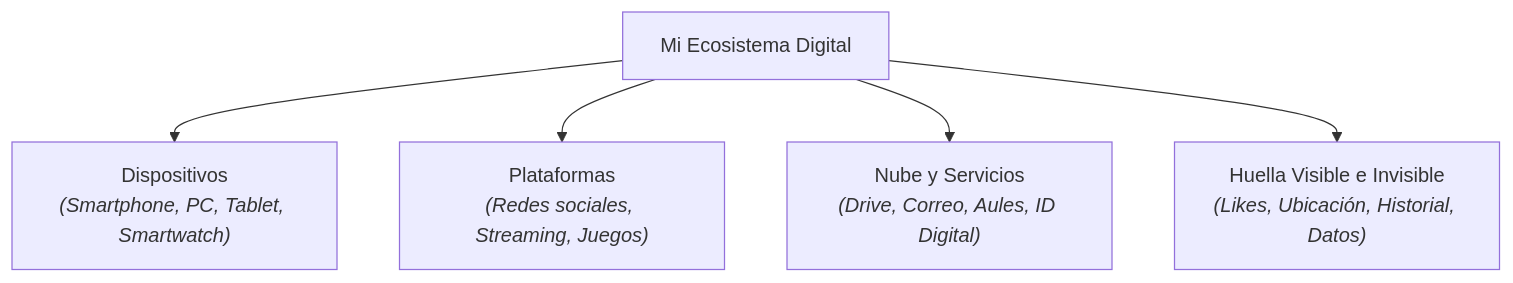
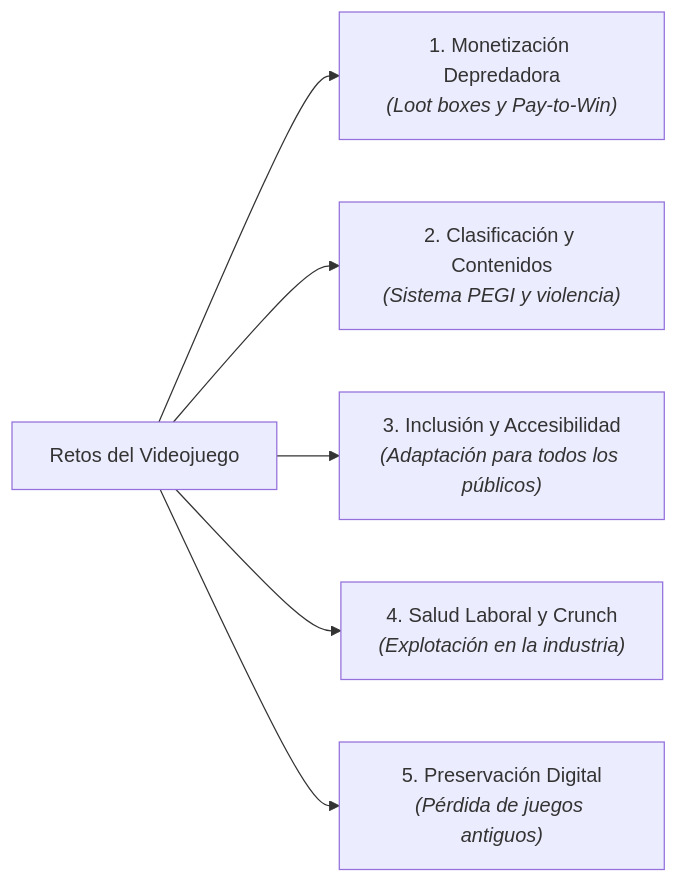
One commit to joclipe/4-ESO changed the sixth of 6 diagrams in Tema 0 - Introducció/introduccion_cas.md. Above: the diagram before and after it, drawn with Mermaid. The commit also changed other lines of this file and 1 other file, not shown here.

````diff
--- a/Tema 0 - Introducció/introduccion_cas.md
+++ b/Tema 0 - Introducció/introduccion_cas.md
@@ -244,7 +245,8 @@
 ```mermaid
-graph TD
-    M["Mi Ecosistema Digital"] --> D["Dispositivos<br/><i>(Smartphone, PC, Tablet, Smartwatch)</i>"]
-    M --> P["Plataformas<br/><i>(Redes sociales, Streaming, Juegos)</i>"]
-    M --> N["Nube y Servicios<br/><i>(Drive, Correo, Aules, ID Digital)</i>"]
-    M --> H["Huella Visible e Invisible<br/><i>(Likes, Ubicación, Historial, Datos)</i>"]
+graph LR
+    R["Retos del Videojuego"] --> R1["1. Monetización Depredadora<br/><i>(Loot boxes y Pay-to-Win)</i>"]
+    R --> R2["2. Clasificación y Contenidos<br/><i>(Sistema PEGI y violencia)</i>"]
+    R --> R3["3. Inclusión y Accesibilidad<br/><i>(Adaptación para todos los públicos)</i>"]
+    R --> R4["4. Salud Laboral y Crunch<br/><i>(Explotación en la industria)</i>"]
+    R --> R5["5. Preservación Digital<br/><i>(Pérdida de juegos antiguos)</i>"]
 ```
````
